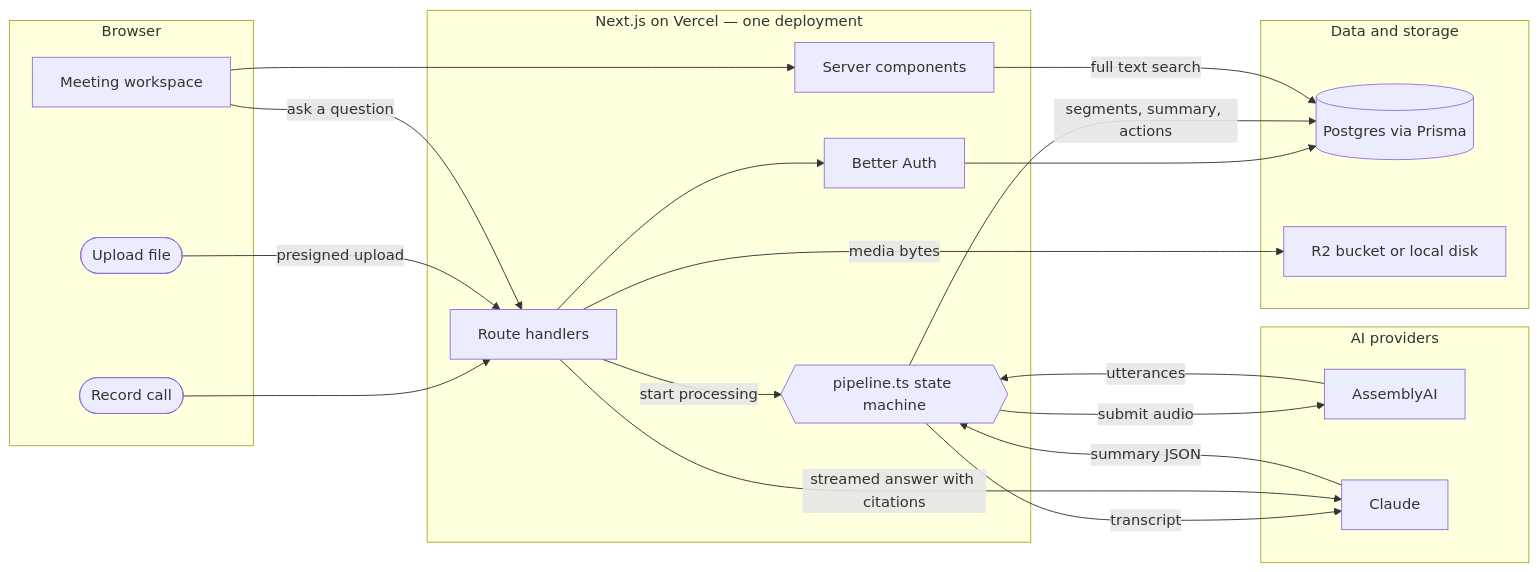
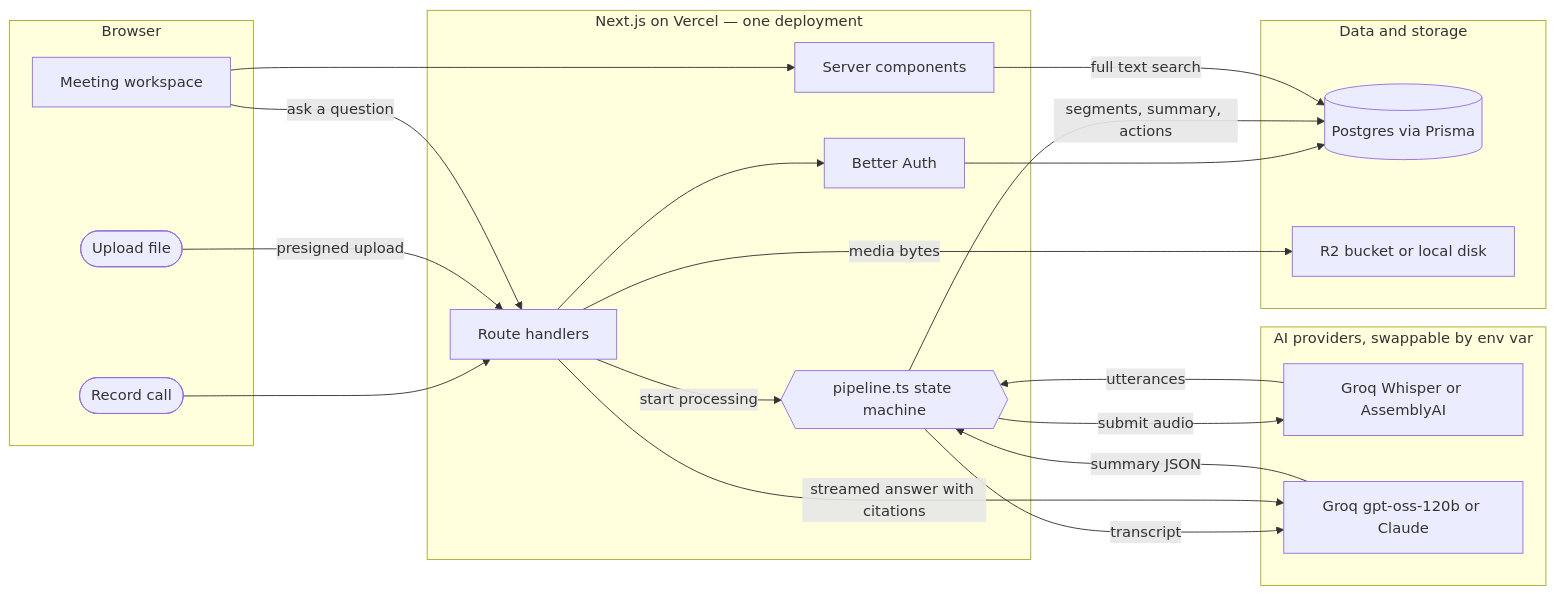
Before and after one commit to talhazafarjutt/fathom-clone: the diagram in README.md, drawn with Mermaid. The commit also changed other lines of this file and 14 other files, not shown here.

First line of the commit message:
feat: swappable AI providers, with Groq as the free default

````diff
--- a/README.md
+++ b/README.md
@@ -113,41 +118,41 @@
 ```mermaid
 flowchart LR
     subgraph B[Browser]
         A1([Record call])
         A2([Upload file])
         A3[Meeting workspace]
     end
 
     subgraph N[Next.js on Vercel — one deployment]
         R1[Route handlers]
         R2[Server components]
         R3[Better Auth]
         R4{{pipeline.ts state machine}}
     end
 
     subgraph D[Data and storage]
         P[(Postgres via Prisma)]
         S[R2 bucket or local disk]
     end
 
-    subgraph X[AI providers]
-        T[AssemblyAI]
-        C[Claude]
+    subgraph X[AI providers, swappable by env var]
+        T[Groq Whisper or AssemblyAI]
+        C[Groq gpt-oss-120b or Claude]
     end
 
     A1 --> R1
     A2 -->|presigned upload| R1
     R1 -->|media bytes| S
     R1 --> R3
     R3 --> P
     R1 -->|start processing| R4
     R4 -->|submit audio| T
     T -->|utterances| R4
     R4 -->|transcript| C
     C -->|summary JSON| R4
     R4 -->|segments, summary, actions| P
     A3 --> R2
     R2 -->|full text search| P
     A3 -->|ask a question| R1
     R1 -->|streamed answer with citations| C
 ```
````
